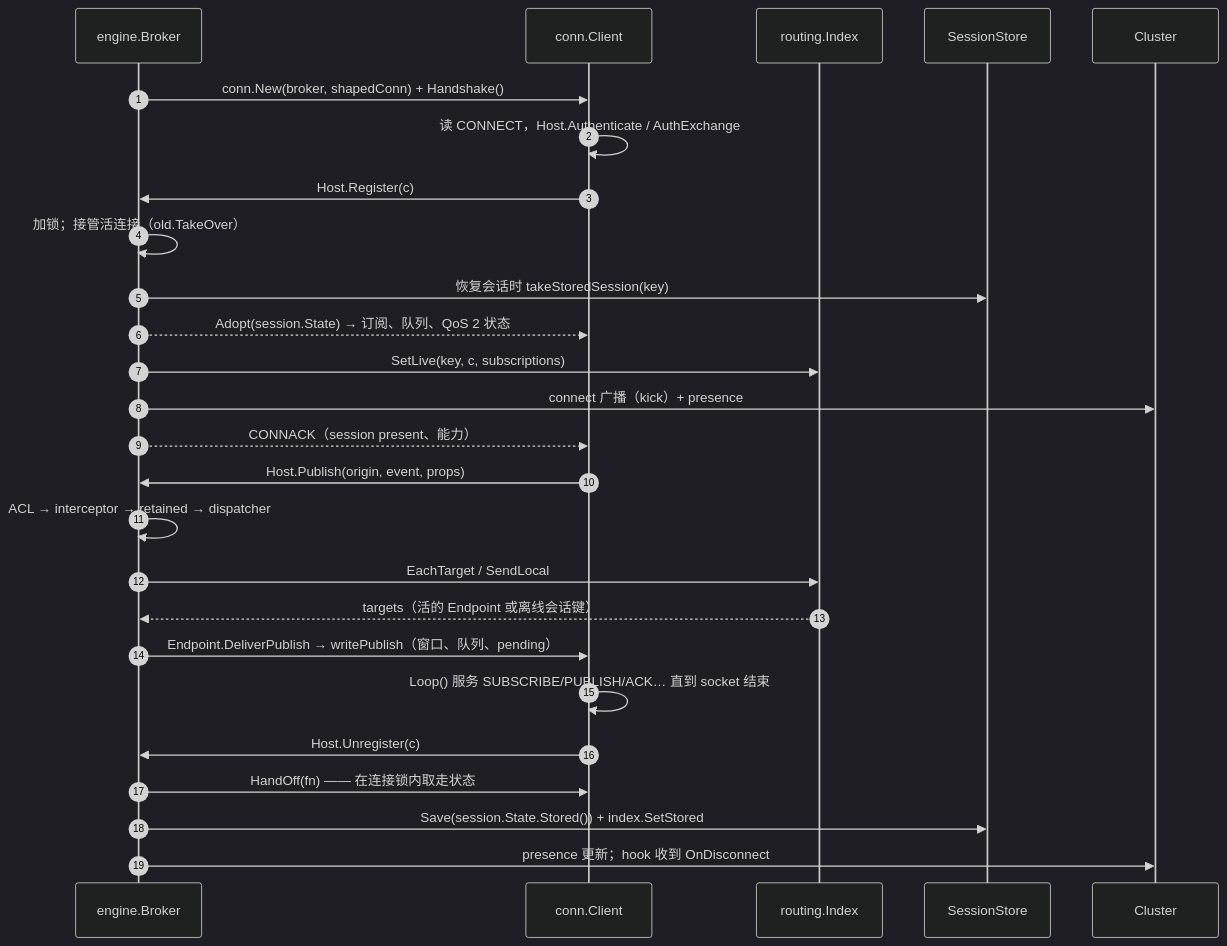
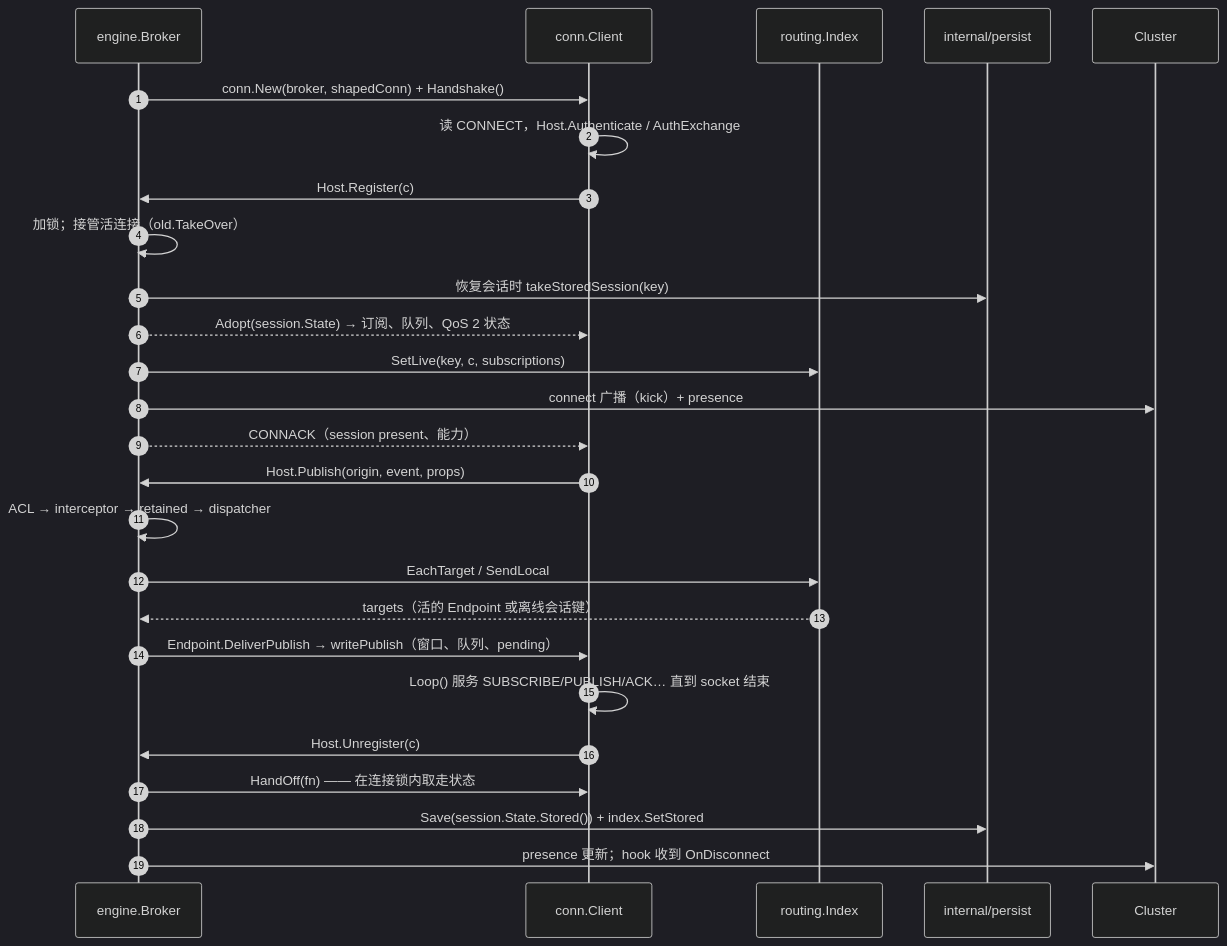
One commit to maxid/gmqx changed the second of 3 diagrams in docs/ARCHITECTURE.zh-CN.md. Above: the diagram before and after it, drawn with Mermaid (dark theme). The commit also changed other lines of this file and 55 other files, not shown here.

````diff
--- a/docs/ARCHITECTURE.zh-CN.md
+++ b/docs/ARCHITECTURE.zh-CN.md
@@ -85,29 +90,29 @@
 ```mermaid
 sequenceDiagram
   autonumber
   participant B as engine.Broker
   participant C as conn.Client
   participant R as routing.Index
-  participant S as SessionStore
+  participant S as internal/persist
   participant K as Cluster
 
   B->>C: conn.New(broker, shapedConn) + Handshake()
   C->>C: 读 CONNECT，Host.Authenticate / AuthExchange
   C->>B: Host.Register(c)
   B->>B: 加锁；接管活连接（old.TakeOver）
   B->>S: 恢复会话时 takeStoredSession(key)
   B-->>C: Adopt(session.State) → 订阅、队列、QoS 2 状态
   B->>R: SetLive(key, c, subscriptions)
   B->>K: connect 广播（kick）+ presence
   B-->>C: CONNACK（session present、能力）
   C->>B: Host.Publish(origin, event, props)
   B->>B: ACL → interceptor → retained → dispatcher
   B->>R: EachTarget / SendLocal
   R-->>B: targets（活的 Endpoint 或离线会话键）
   B->>C: Endpoint.DeliverPublish → writePublish（窗口、队列、pending）
   C->>C: Loop() 服务 SUBSCRIBE/PUBLISH/ACK… 直到 socket 结束
   C->>B: Host.Unregister(c)
   B->>C: HandOff(fn) —— 在连接锁内取走状态
   B->>S: Save(session.State.Stored()) + index.SetStored
   B->>K: presence 更新；hook 收到 OnDisconnect
 ```
````
